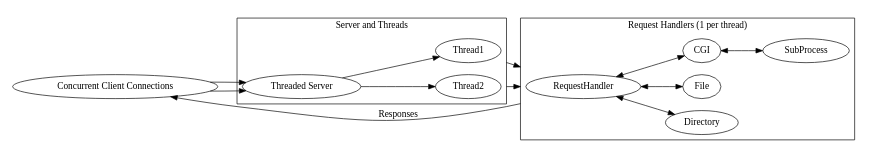
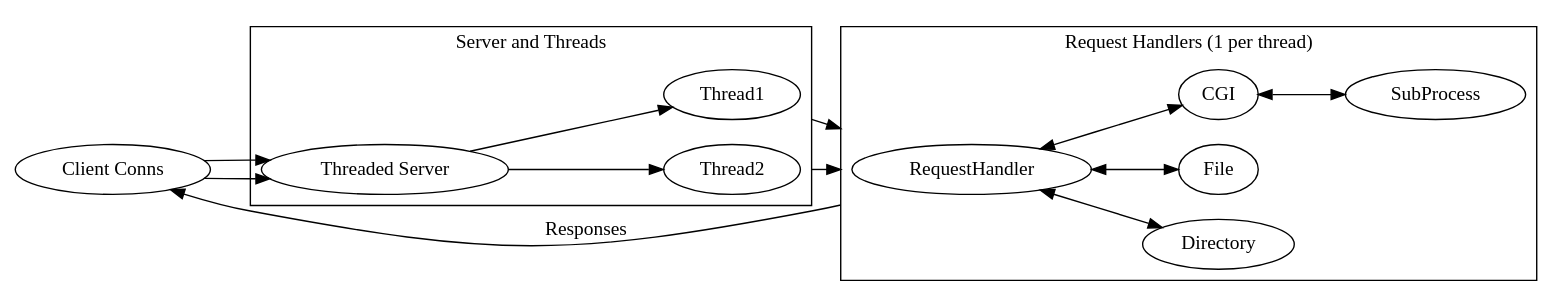
The diagram in docs/graphs/threaded.dot (kbrown42/pyhttp), drawn with Graphviz before and after one commit. The commit also changed 3 other files, not shown here.

```diff
--- a/docs/graphs/threaded.dot
+++ b/docs/graphs/threaded.dot
@@ -1,30 +1,29 @@
 digraph ""{
     compound=true;
     rankdir=LR;
-    size="8.5";
 
-    "Concurrent Client Connections" -> "Threaded Server";
-    "Concurrent Client Connections" -> "Threaded Server";
+    "Client Conns" -> "Threaded Server";
+    "Client Conns" -> "Threaded Server";
 
 
     subgraph cluster_1 {
         label="Server and Threads";
 
         "Threaded Server" -> Thread1;
         "Threaded Server"-> Thread2;
     }
 
     Thread1 -> RequestHandler [lhead=cluster_0, ltail=cluster_1];
     Thread2 -> RequestHandler [lhead=cluster_0, ltail=cluster_1];
 
     subgraph cluster_0 {
         label="Request Handlers (1 per thread)"
         RequestHandler -> Directory [dir=both];
         RequestHandler -> File [dir=both];
         RequestHandler -> CGI [dir=both];
         CGI -> SubProcess [dir=both];
     }
 
-    RequestHandler-> "Concurrent Client Connections" [ltail=cluster_0, label="Responses"];
+    RequestHandler-> "Client Conns" [ltail=cluster_0, label="Responses"];
 
 }
```
